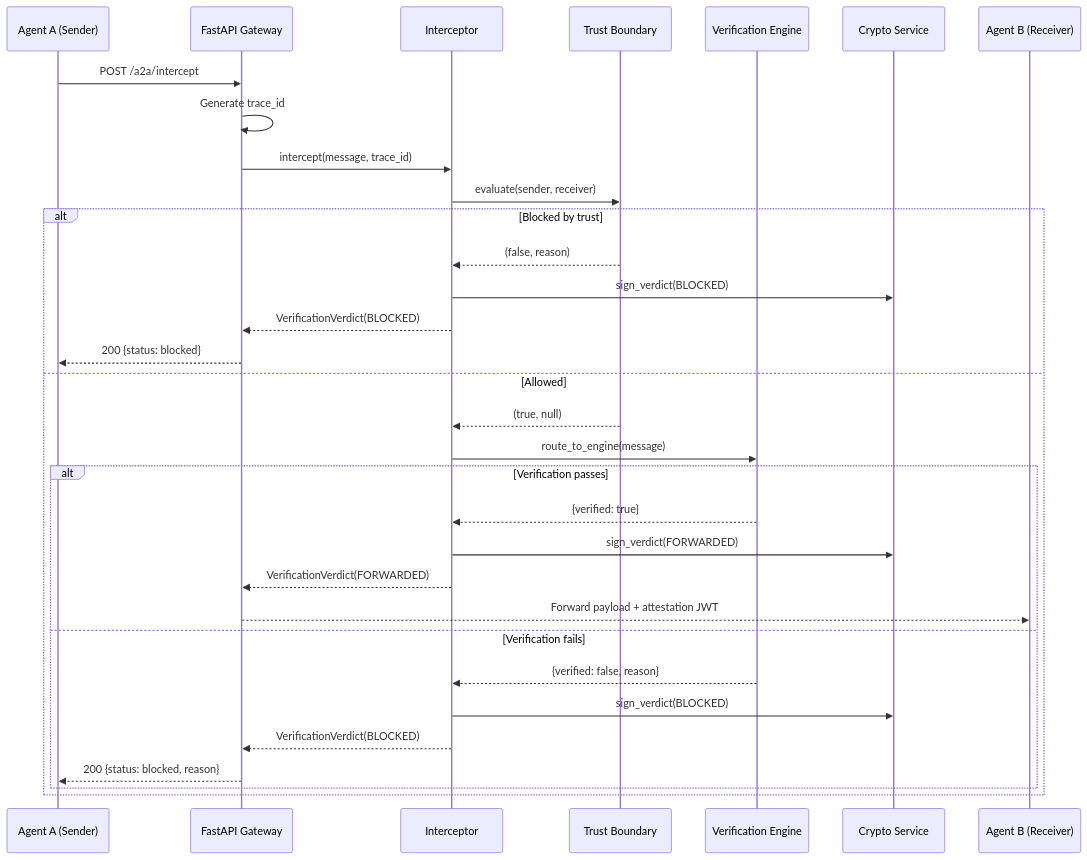
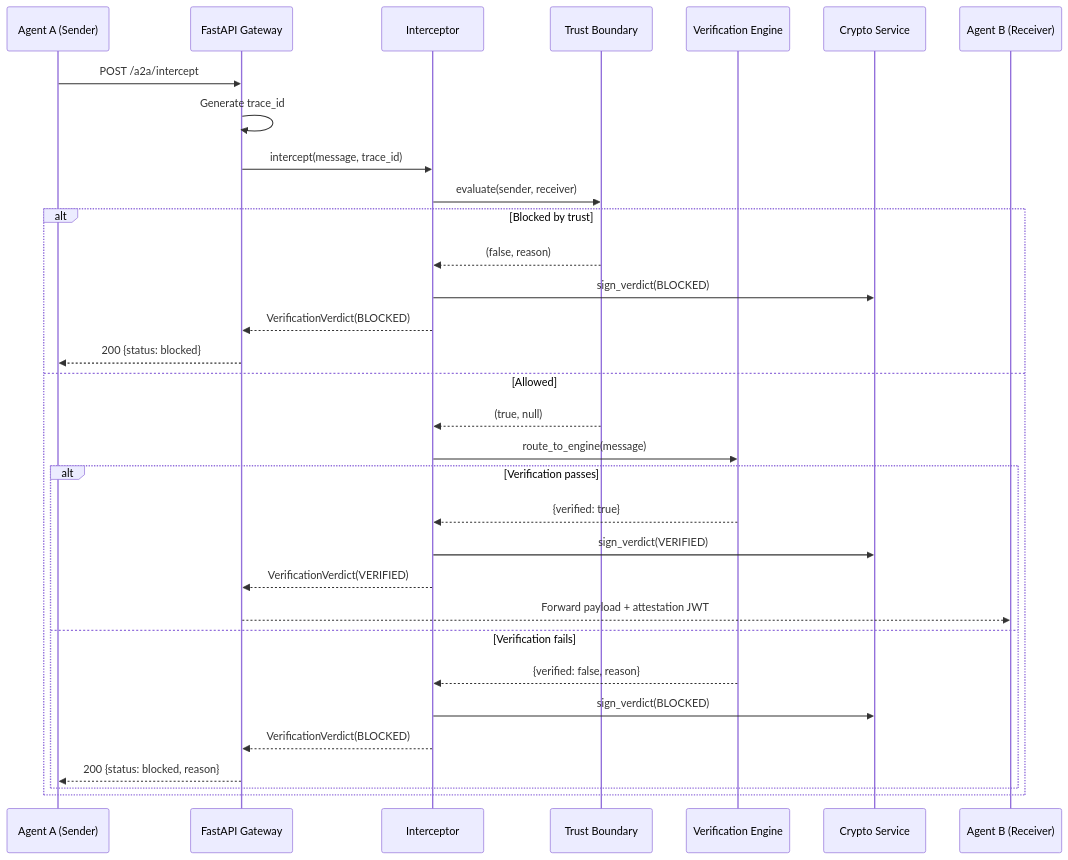
One commit to QWED-AI/docs changed the second of 5 diagrams in a2a/architecture.mdx. Above: the diagram before and after it, drawn with Mermaid. The commit also changed other lines of this file and 5 other files, not shown here.

````diff
--- a/a2a/architecture.mdx
+++ b/a2a/architecture.mdx
@@ -36,38 +36,38 @@
 ```mermaid
 sequenceDiagram
     participant Sender as Agent A (Sender)
     participant API as FastAPI Gateway
     participant Int as Interceptor
     participant TB as Trust Boundary
     participant Eng as Verification Engine
     participant Crypto as Crypto Service
     participant Recv as Agent B (Receiver)
 
     Sender->>API: POST /a2a/intercept
     API->>API: Generate trace_id
     API->>Int: intercept(message, trace_id)
 
     Int->>TB: evaluate(sender, receiver)
 
     alt Blocked by trust
         TB-->>Int: (false, reason)
         Int->>Crypto: sign_verdict(BLOCKED)
         Int-->>API: VerificationVerdict(BLOCKED)
         API-->>Sender: 200 {status: blocked}
     else Allowed
         TB-->>Int: (true, null)
         Int->>Eng: route_to_engine(message)
 
         alt Verification passes
             Eng-->>Int: {verified: true}
-            Int->>Crypto: sign_verdict(FORWARDED)
-            Int-->>API: VerificationVerdict(FORWARDED)
+            Int->>Crypto: sign_verdict(VERIFIED)
+            Int-->>API: VerificationVerdict(VERIFIED)
             API-->>Recv: Forward payload + attestation JWT
         else Verification fails
             Eng-->>Int: {verified: false, reason}
             Int->>Crypto: sign_verdict(BLOCKED)
             Int-->>API: VerificationVerdict(BLOCKED)
             API-->>Sender: 200 {status: blocked, reason}
         end
     end
 ```
````
